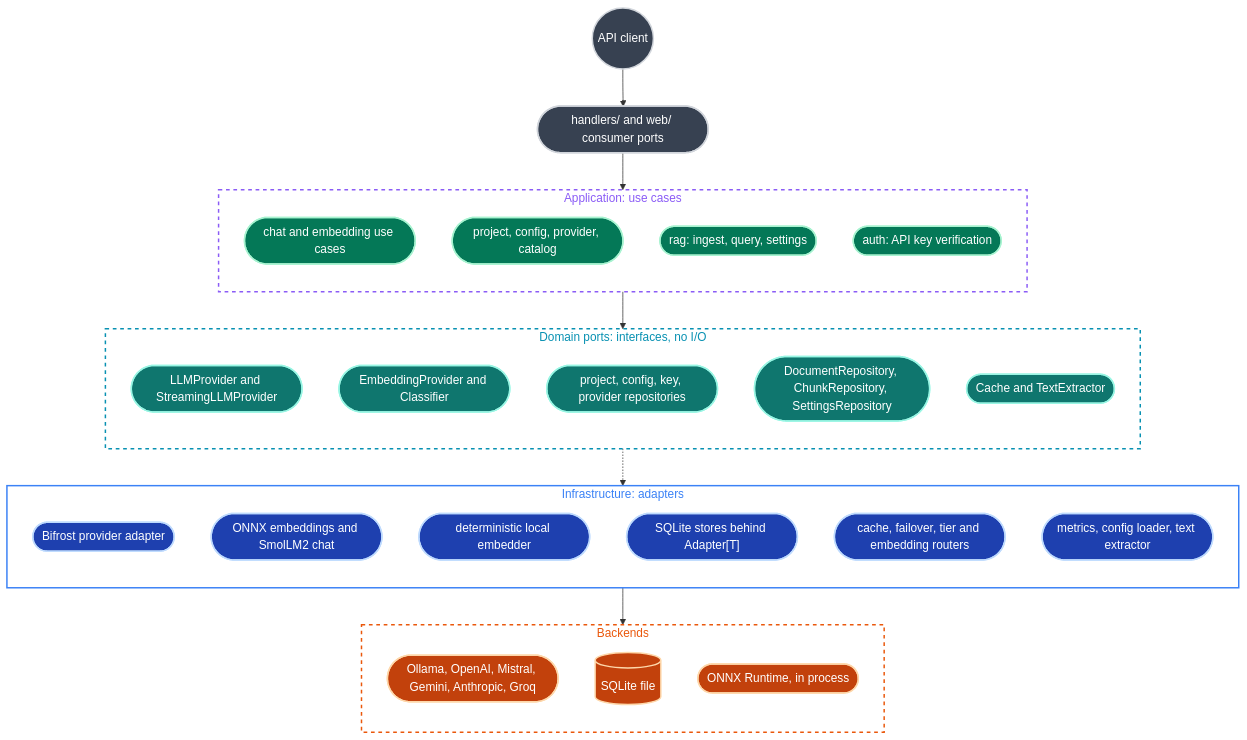
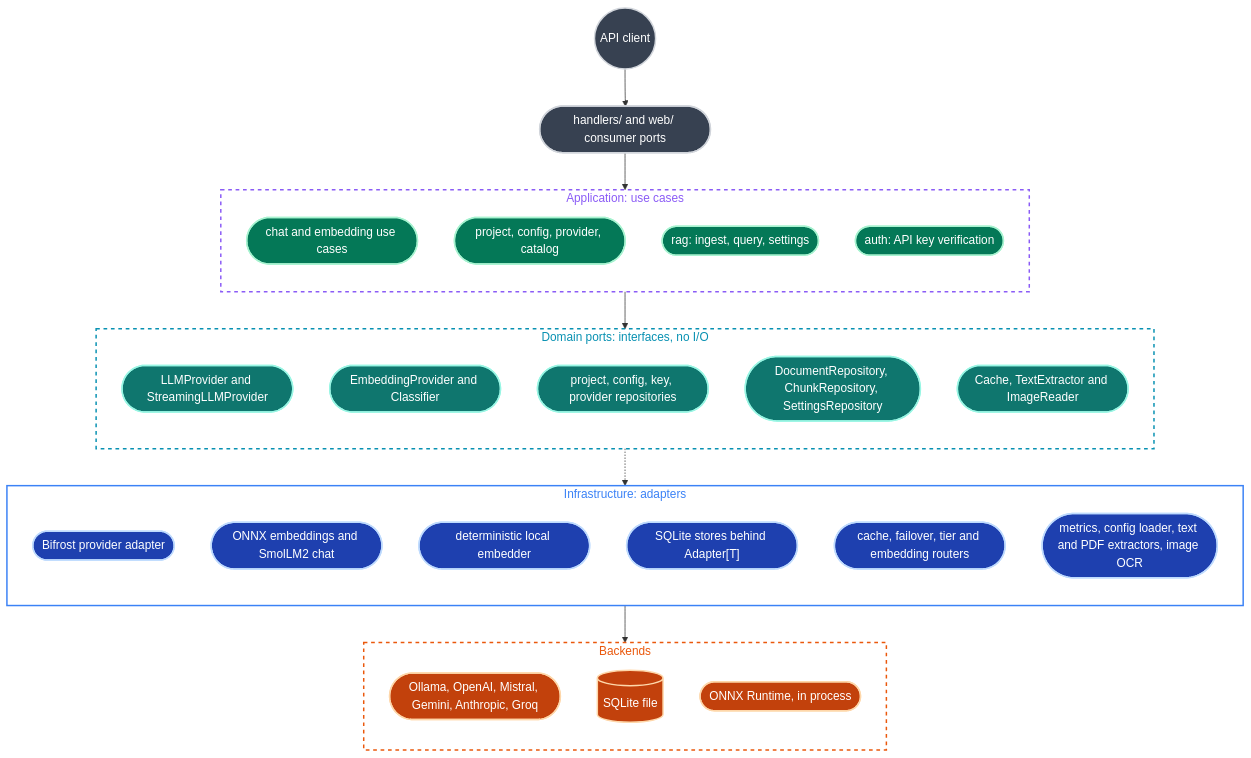
The second of 3 diagrams in README.md (fanama/bifrost-gateway), drawn with Mermaid before and after one commit. The commit also changed other lines of this file and 22 other files, not shown here.

````diff
--- a/README.md
+++ b/README.md
@@ -107,55 +108,55 @@
 ```mermaid
 flowchart TD
     classDef driver fill:#374151,stroke:#d1d5db,stroke-width:2px,color:#fff
     classDef service fill:#047857,stroke:#a7f3d0,stroke-width:2px,color:#fff
     classDef port fill:#0f766e,stroke:#99f6e4,stroke-width:2px,color:#fff
     classDef adapter fill:#1e40af,stroke:#bfdbfe,stroke-width:2px,color:#fff
     classDef external fill:#c2410c,stroke:#fed7aa,stroke-width:2px,color:#fff
 
     Client((API client)):::driver
     Client --> Delivery(["handlers/ and web/ consumer ports"]):::driver
 
     subgraph Services["Application: use cases"]
         direction TB
         ChatCase(["chat and embedding use cases"]):::service
         Tenancy(["project, config, provider, catalog"]):::service
         RagCase(["rag: ingest, query, settings"]):::service
         AuthCase(["auth: API key verification"]):::service
     end
 
     subgraph Ports["Domain ports: interfaces, no I/O"]
         direction TB
         LlmPort(["LLMProvider and StreamingLLMProvider"]):::port
         EmbedPort(["EmbeddingProvider and Classifier"]):::port
         RepoPort(["project, config, key, provider repositories"]):::port
         RagPort(["DocumentRepository, ChunkRepository, SettingsRepository"]):::port
-        MiscPort(["Cache and TextExtractor"]):::port
+        MiscPort(["Cache, TextExtractor and ImageReader"]):::port
     end
 
     subgraph Adapters["Infrastructure: adapters"]
         direction TB
         Bifrost(["Bifrost provider adapter"]):::adapter
         Onnx(["ONNX embeddings and SmolLM2 chat"]):::adapter
         Local(["deterministic local embedder"]):::adapter
         Stores(["SQLite stores behind Adapter[T]"]):::adapter
         Decorators(["cache, failover, tier and embedding routers"]):::adapter
-        Obs(["metrics, config loader, text extractor"]):::adapter
+        Obs(["metrics, config loader, text and PDF extractors, image OCR"]):::adapter
     end
 
     subgraph Backends["Backends"]
         direction TB
         Remote(["Ollama, OpenAI, Mistral, Gemini, Anthropic, Groq"]):::external
         Sqlite[("SQLite file")]:::external
         Runtime(["ONNX Runtime, in process"]):::external
     end
 
     Delivery --> Services
     Services --> Ports
     Ports -.-> Adapters
     Adapters --> Backends
 
     style Services fill:none,stroke:#8b5cf6,stroke-width:2px,stroke-dasharray:5 5,color:#8b5cf6
     style Ports fill:none,stroke:#0891b2,stroke-width:2px,stroke-dasharray:5 5,color:#0891b2
     style Adapters fill:none,stroke:#3b82f6,stroke-width:2px,color:#3b82f6
     style Backends fill:none,stroke:#ea580c,stroke-width:2px,stroke-dasharray:5 5,color:#ea580c
 ```
````
